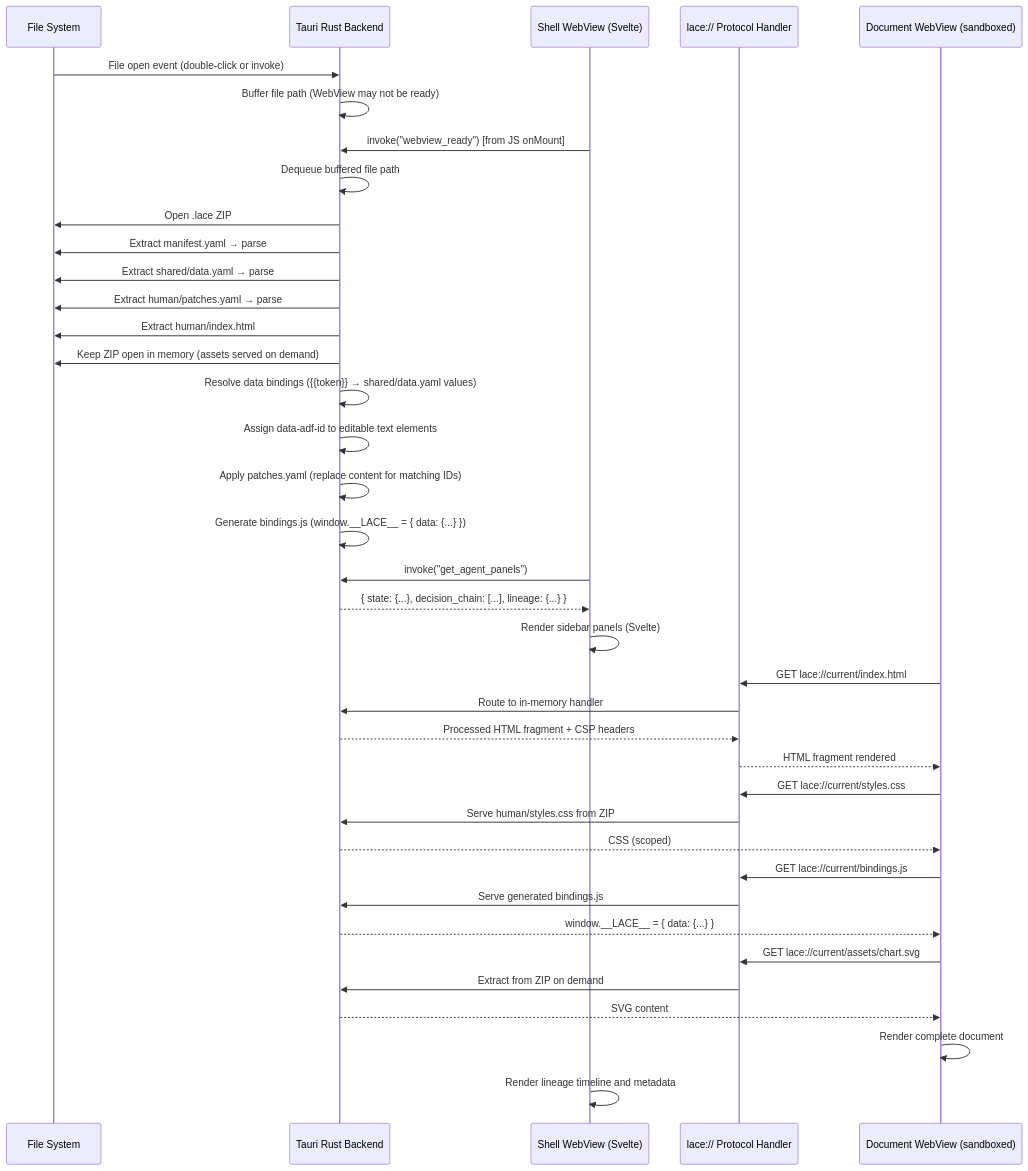
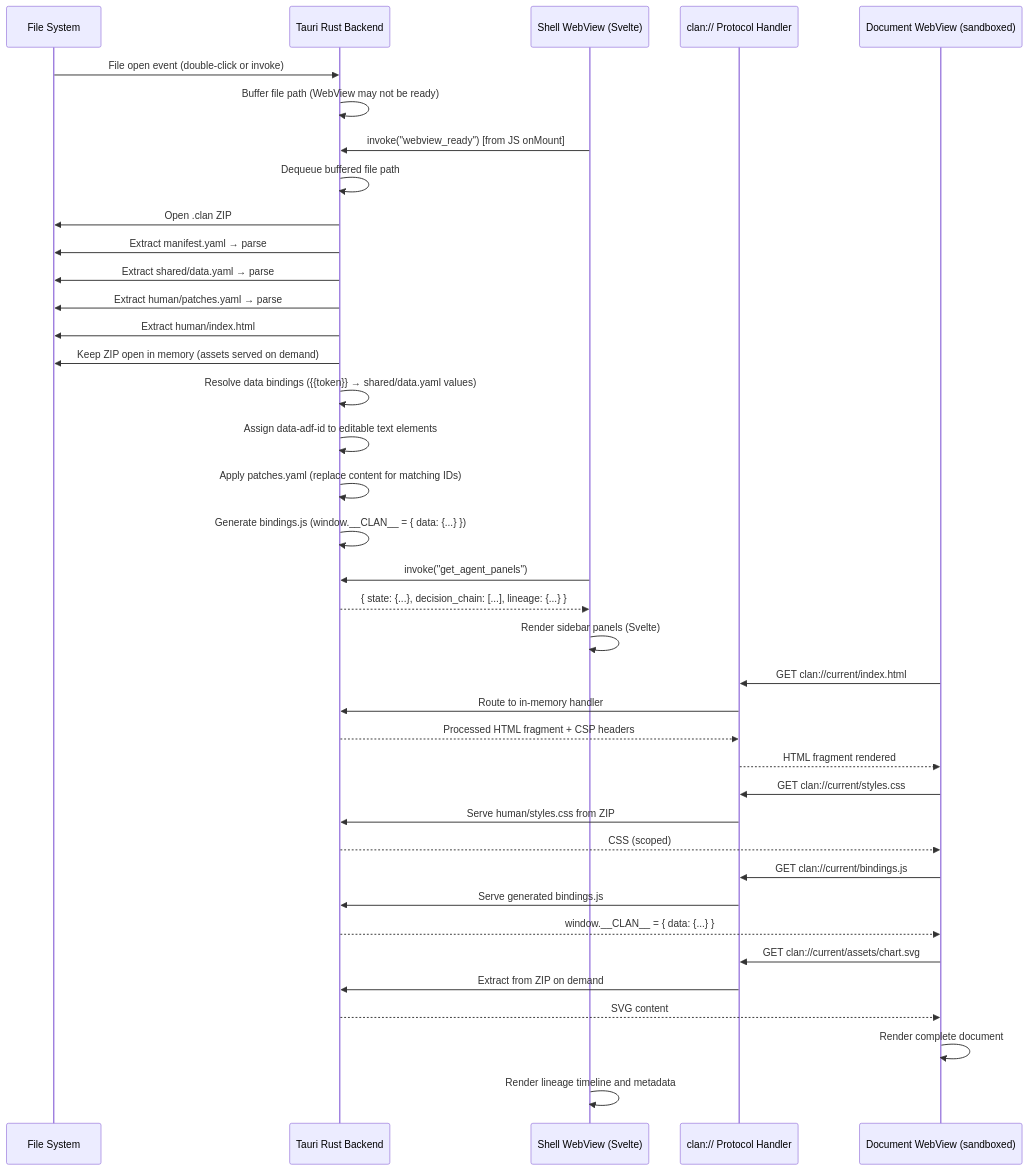
One commit to batunii/napkin-os changed the seventh of 8 diagrams in SEQUENCE-DIAGRAMS.md. Above: the diagram before and after it, drawn with Mermaid. The commit also changed other lines of this file and 7 other files, not shown here.

First line of the commit message:
Rename LACE → CLAN throughout

````diff
--- a/SEQUENCE-DIAGRAMS.md
+++ b/SEQUENCE-DIAGRAMS.md
@@ -314,50 +314,50 @@
 ```mermaid
 sequenceDiagram
     participant FS as File System
     participant Rust as Tauri Rust Backend
     participant Shell as Shell WebView (Svelte)
-    participant Protocol as lace:// Protocol Handler
+    participant Protocol as clan:// Protocol Handler
     participant Doc as Document WebView (sandboxed)
 
     FS->>Rust: File open event (double-click or invoke)
     Rust->>Rust: Buffer file path (WebView may not be ready)
 
     Shell->>Rust: invoke("webview_ready") [from JS onMount]
     Rust->>Rust: Dequeue buffered file path
 
-    Rust->>FS: Open .lace ZIP
+    Rust->>FS: Open .clan ZIP
     Rust->>FS: Extract manifest.yaml → parse
     Rust->>FS: Extract shared/data.yaml → parse
     Rust->>FS: Extract human/patches.yaml → parse
     Rust->>FS: Extract human/index.html
     Rust->>FS: Keep ZIP open in memory (assets served on demand)
 
     Rust->>Rust: Resolve data bindings ({{token}} → shared/data.yaml values)
     Rust->>Rust: Assign data-adf-id to editable text elements
     Rust->>Rust: Apply patches.yaml (replace content for matching IDs)
-    Rust->>Rust: Generate bindings.js (window.__LACE__ = { data: {...} })
+    Rust->>Rust: Generate bindings.js (window.__CLAN__ = { data: {...} })
 
     Shell->>Rust: invoke("get_agent_panels")
     Rust-->>Shell: { state: {...}, decision_chain: [...], lineage: {...} }
     Shell->>Shell: Render sidebar panels (Svelte)
 
-    Doc->>Protocol: GET lace://current/index.html
+    Doc->>Protocol: GET clan://current/index.html
     Protocol->>Rust: Route to in-memory handler
     Rust-->>Protocol: Processed HTML fragment + CSP headers
     Protocol-->>Doc: HTML fragment rendered
 
-    Doc->>Protocol: GET lace://current/styles.css
+    Doc->>Protocol: GET clan://current/styles.css
     Protocol->>Rust: Serve human/styles.css from ZIP
     Rust-->>Doc: CSS (scoped)
 
-    Doc->>Protocol: GET lace://current/bindings.js
+    Doc->>Protocol: GET clan://current/bindings.js
     Protocol->>Rust: Serve generated bindings.js
-    Rust-->>Doc: window.__LACE__ = { data: {...} }
+    Rust-->>Doc: window.__CLAN__ = { data: {...} }
 
-    Doc->>Protocol: GET lace://current/assets/chart.svg
+    Doc->>Protocol: GET clan://current/assets/chart.svg
     Protocol->>Rust: Extract from ZIP on demand
     Rust-->>Doc: SVG content
 
     Doc->>Doc: Render complete document
     Shell->>Shell: Render lineage timeline and metadata
 ```
````
